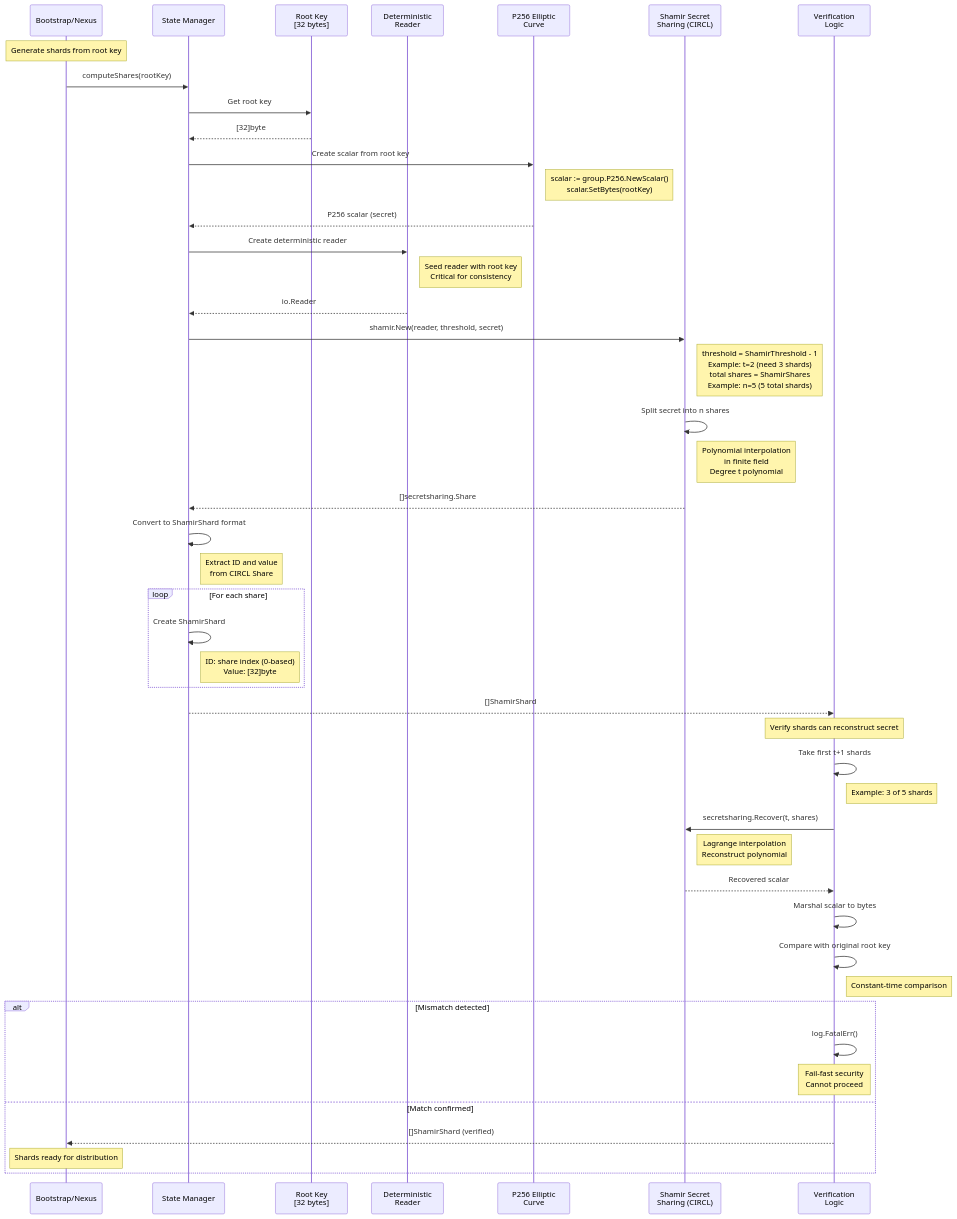
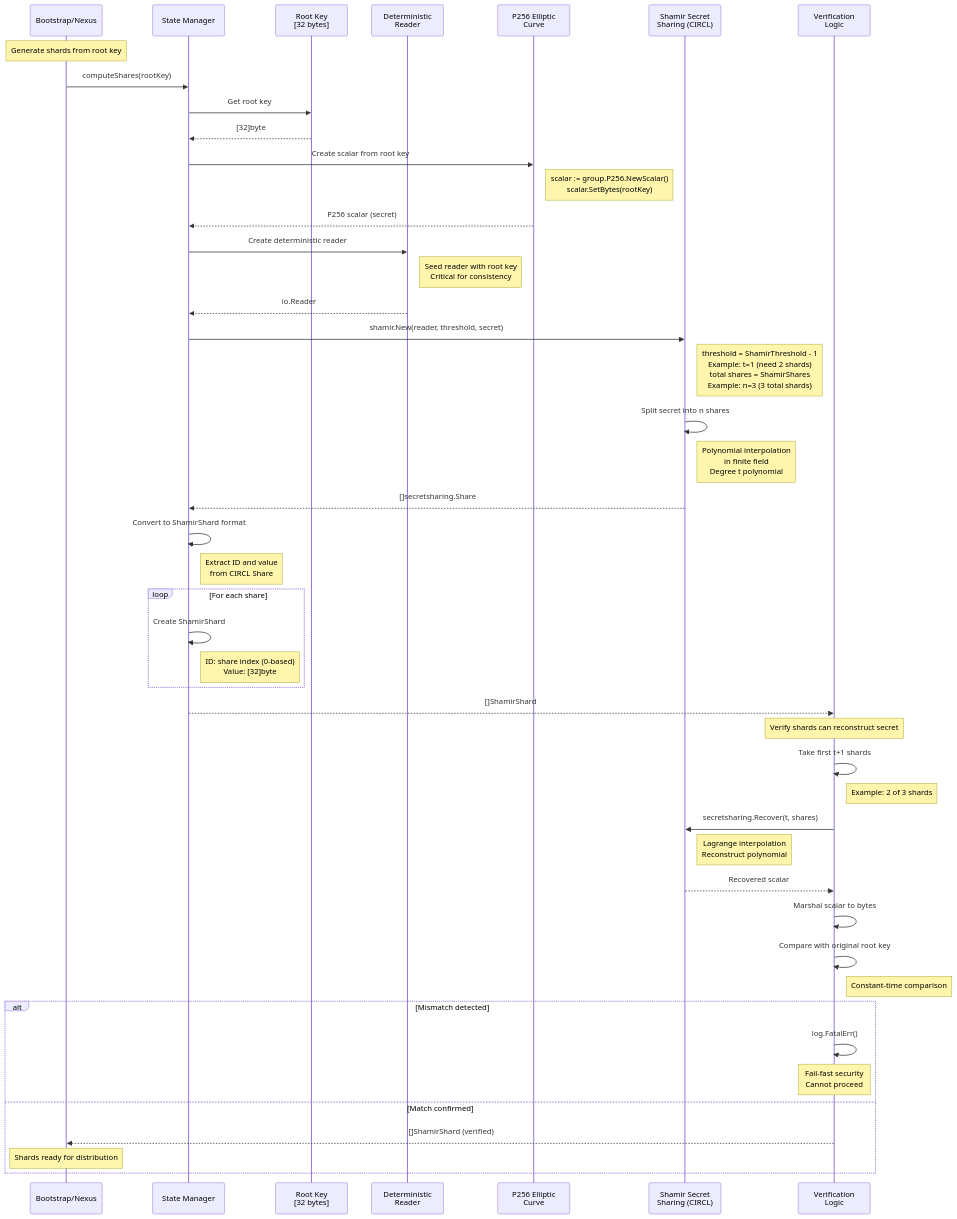
One commit to spiffe/spike changed the first of 2 diagrams in diagrams/019-spike-nexus-root-key-sharding.md. Above: the diagram before and after it, drawn with Mermaid. The commit also changed 25 other files, not shown here.

````diff
--- a/diagrams/019-spike-nexus-root-key-sharding.md
+++ b/diagrams/019-spike-nexus-root-key-sharding.md
@@ -9,69 +9,69 @@
 ```mermaid
 sequenceDiagram
     participant Caller as Bootstrap/Nexus
     participant State as State Manager
     participant RootKey as Root Key<br/>[32 bytes]
     participant Deterministic as Deterministic<br/>Reader
     participant P256 as P256 Elliptic<br/>Curve
     participant Shamir as Shamir Secret<br/>Sharing (CIRCL)
     participant Verify as Verification<br/>Logic
 
     Note over Caller: Generate shards from root key
 
     Caller->>State: computeShares(rootKey)
 
     State->>RootKey: Get root key
     RootKey-->>State: [32]byte
 
     State->>P256: Create scalar from root key
     Note right of P256: scalar := group.P256.NewScalar()<br/>scalar.SetBytes(rootKey)
 
     P256-->>State: P256 scalar (secret)
 
     State->>Deterministic: Create deterministic reader
     Note right of Deterministic: Seed reader with root key<br/>Critical for consistency
 
     Deterministic-->>State: io.Reader
 
     State->>Shamir: shamir.New(reader, threshold, secret)
-    Note right of Shamir: threshold = ShamirThreshold - 1<br/>Example: t=2 (need 3 shards)<br/>total shares = ShamirShares<br/>Example: n=5 (5 total shards)
+    Note right of Shamir: threshold = ShamirThreshold - 1<br/>Example: t=1 (need 2 shards)<br/>total shares = ShamirShares<br/>Example: n=3 (3 total shards)
 
     Shamir->>Shamir: Split secret into n shares
     Note right of Shamir: Polynomial interpolation<br/>in finite field<br/>Degree t polynomial
 
     Shamir-->>State: []secretsharing.Share
 
     State->>State: Convert to ShamirShard format
     Note right of State: Extract ID and value<br/>from CIRCL Share
 
     loop For each share
         State->>State: Create ShamirShard
         Note right of State: ID: share index (0-based)<br/>Value: [32]byte
     end
 
     State-->>Verify: []ShamirShard
 
     Note over Verify: Verify shards can reconstruct secret
 
     Verify->>Verify: Take first t+1 shards
-    Note right of Verify: Example: 3 of 5 shards
+    Note right of Verify: Example: 2 of 3 shards
 
     Verify->>Shamir: secretsharing.Recover(t, shares)
     Note right of Shamir: Lagrange interpolation<br/>Reconstruct polynomial
 
     Shamir-->>Verify: Recovered scalar
 
     Verify->>Verify: Marshal scalar to bytes
 
     Verify->>Verify: Compare with original root key
     Note right of Verify: Constant-time comparison
 
     alt Mismatch detected
         Verify->>Verify: log.FatalErr()
         Note over Verify: Fail-fast security<br/>Cannot proceed
     else Match confirmed
         Verify-->>Caller: []ShamirShard (verified)
 
         Note over Caller: Shards ready for distribution
     end
 ```
````
